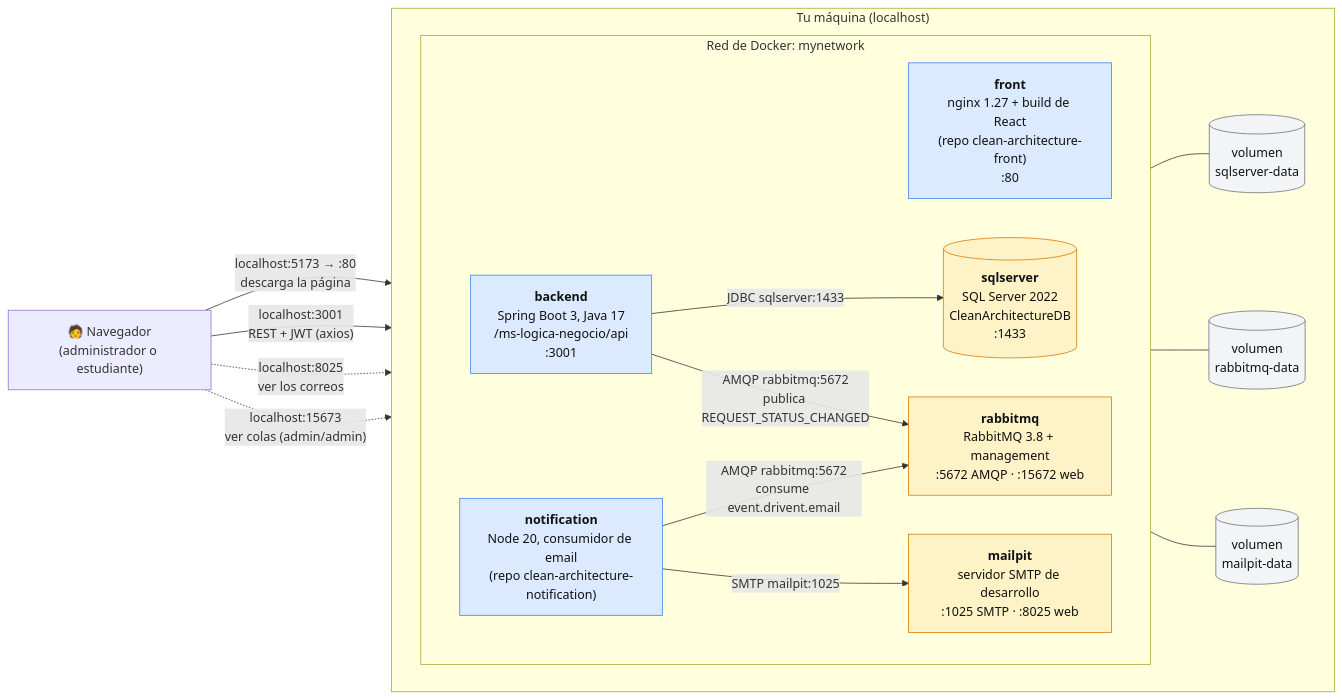
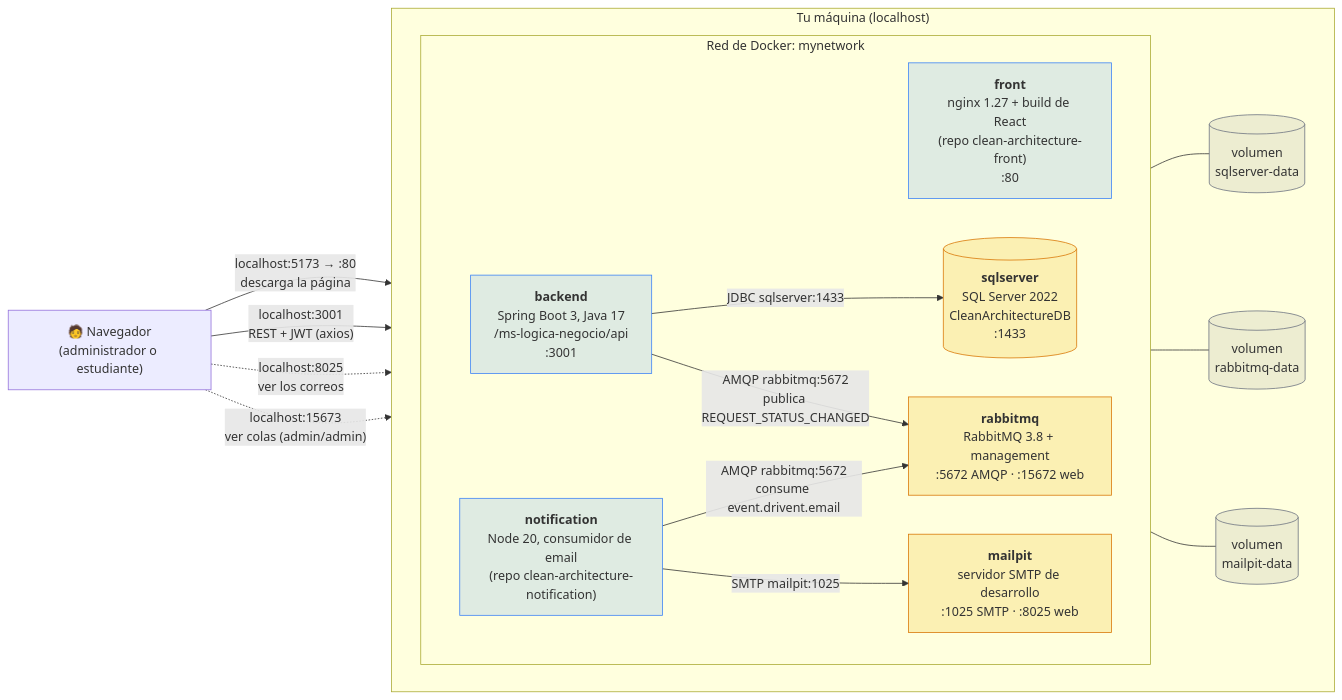
One commit to SemilleroSOLID/clean-architecture-api changed the diagram in diagramas/diagrama-despliegue.md. Above: the diagram before and after it, drawn with Mermaid. The commit also changed 2 other files, not shown here.

Commit message:
docs: translucent layer colors so the diagrams read well in GitHub dark mode (#28)

````diff
--- a/diagramas/diagrama-despliegue.md
+++ b/diagramas/diagrama-despliegue.md
@@ -5,41 +5,41 @@
 ```mermaid
 flowchart LR
     Browser["🧑 Navegador<br/>(administrador o estudiante)"]
 
     subgraph Host["Tu máquina (localhost)"]
         direction LR
         subgraph Net["Red de Docker: mynetwork"]
             direction LR
             Front["<b>front</b><br/>nginx 1.27 + build de React<br/>(repo clean-architecture-front)<br/>:80"]
             Backend["<b>backend</b><br/>Spring Boot 3, Java 17<br/>/ms-logica-negocio/api<br/>:3001"]
             SQL[("<b>sqlserver</b><br/>SQL Server 2022<br/>CleanArchitectureDB<br/>:1433")]
             Rabbit["<b>rabbitmq</b><br/>RabbitMQ 3.8 + management<br/>:5672 AMQP · :15672 web"]
             Notif["<b>notification</b><br/>Node 20, consumidor de email<br/>(repo clean-architecture-notification)"]
             Mail["<b>mailpit</b><br/>servidor SMTP de desarrollo<br/>:1025 SMTP · :8025 web"]
         end
         V1[("volumen<br/>sqlserver-data")]
         V2[("volumen<br/>rabbitmq-data")]
         V3[("volumen<br/>mailpit-data")]
     end
 
     Browser -- "localhost:5173 → :80<br/>descarga la página" --> Front
     Browser -- "localhost:3001<br/>REST + JWT (axios)" --> Backend
     Browser -. "localhost:8025<br/>ver los correos" .-> Mail
     Browser -. "localhost:15673<br/>ver colas (admin/admin)" .-> Rabbit
 
     Backend -- "JDBC sqlserver:1433" --> SQL
     Backend -- "AMQP rabbitmq:5672<br/>publica REQUEST_STATUS_CHANGED" --> Rabbit
     Notif -- "AMQP rabbitmq:5672<br/>consume event.drivent.email" --> Rabbit
     Notif -- "SMTP mailpit:1025" --> Mail
 
     SQL --- V1
     Rabbit --- V2
     Mail --- V3
 
-    classDef app fill:#dbeafe,stroke:#3b82f6,color:#111
-    classDef infra fill:#fef3c7,stroke:#d97706,color:#111
-    classDef vol fill:#f3f4f6,stroke:#6b7280,color:#111
+    classDef app fill:#3b82f629,stroke:#3b82f6
+    classDef infra fill:#eab30833,stroke:#d97706
+    classDef vol fill:#80808024,stroke:#6b7280
     class Front,Backend,Notif app
     class SQL,Rabbit,Mail infra
     class V1,V2,V3 vol
 ```
````
